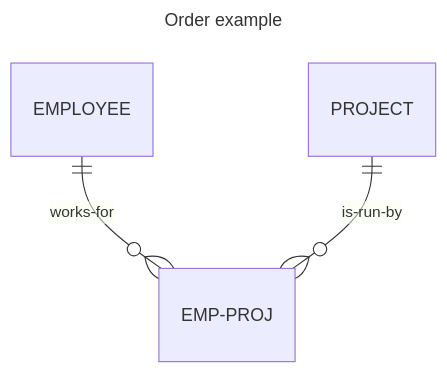
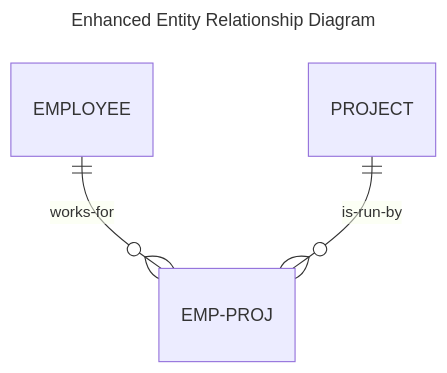
Before and after one commit to dimitri-yatsenko/datajoint-book: the diagram in book/02-concepts/01-relational.md, drawn with Mermaid. The commit also changed other lines of this file and 3 other files, not shown here.

Commit message:
add Chen ERD figure

````diff
--- a/book/02-concepts/01-relational.md
+++ b/book/02-concepts/01-relational.md
@@ -217,8 +219,8 @@
 ```{mermaid}
 ---
-title: Order example
+title: Enhanced Entity Relationship Diagram
 ---
 erDiagram
     EMPLOYEE ||--o{ EMP-PROJ : works-for
     PROJECT ||--o{ EMP-PROJ  : is-run-by 
 ```
````
